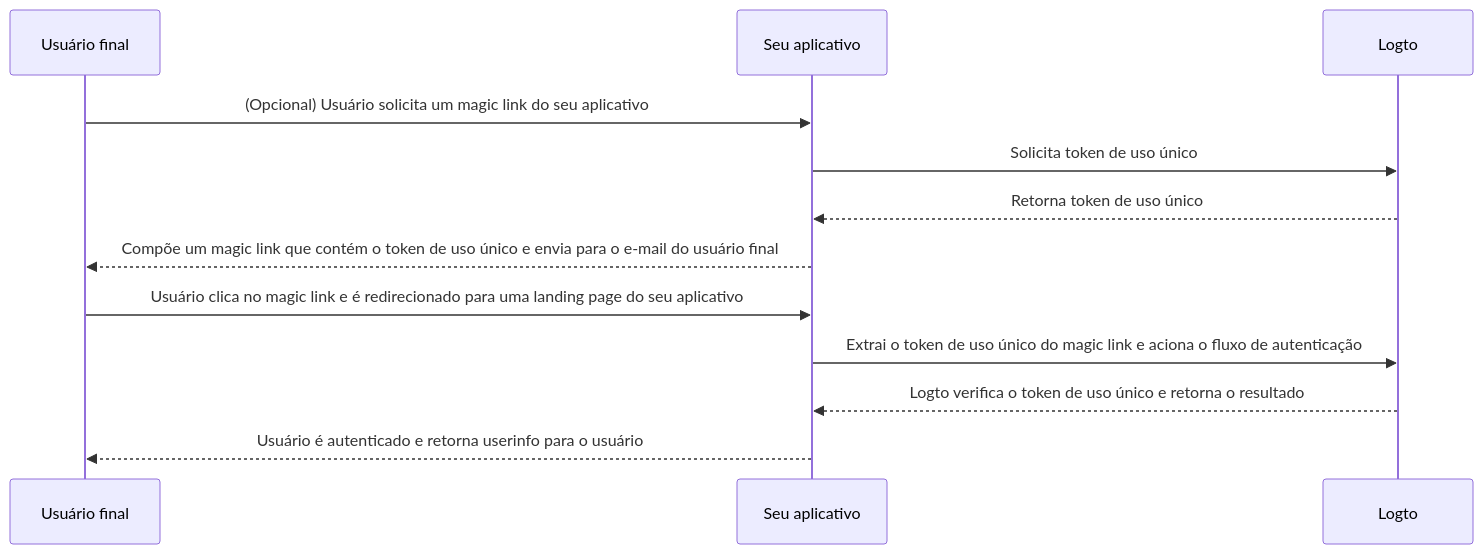
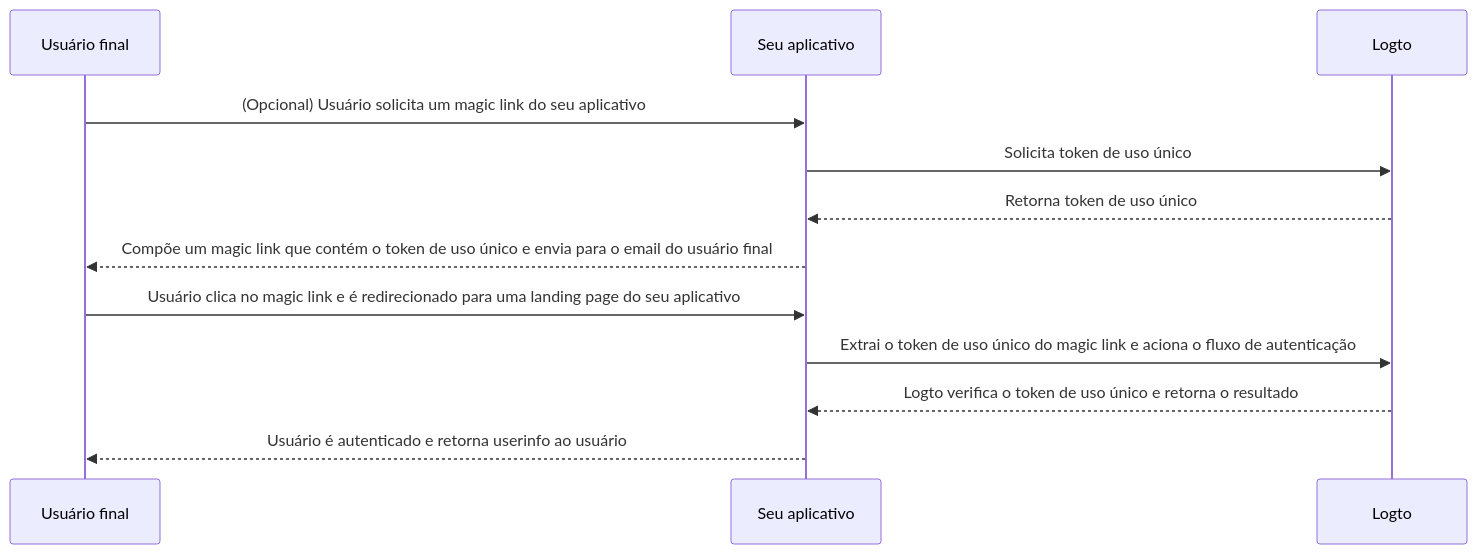
Before and after one commit to logto-io/docs: the diagram in i18n/pt-BR/docusaurus-plugin-content-docs/current/end-user-flows/one-time-token.mdx, drawn with Mermaid. The commit also changed other lines of this file and 47 other files, not shown here.

````diff
--- a/i18n/pt-BR/docusaurus-plugin-content-docs/current/end-user-flows/one-time-token.mdx
+++ b/i18n/pt-BR/docusaurus-plugin-content-docs/current/end-user-flows/one-time-token.mdx
@@ -38,15 +38,15 @@
 ```mermaid
 sequenceDiagram
   participant U as Usuário final
   participant C as Seu aplicativo
   participant L as Logto
 
   U ->> C: (Opcional) Usuário solicita um magic link do seu aplicativo
   C ->> L: Solicita token de uso único
   L -->> C: Retorna token de uso único
-  C -->> U: Compõe um magic link que contém o token de uso único e envia para o e-mail do usuário final
+  C -->> U: Compõe um magic link que contém o token de uso único e envia para o email do usuário final
   U ->> C: Usuário clica no magic link e é redirecionado para uma landing page do seu aplicativo
   C ->> L: Extrai o token de uso único do magic link e aciona o fluxo de autenticação
   L -->> C: Logto verifica o token de uso único e retorna o resultado
-  C -->> U: Usuário é autenticado e retorna userinfo para o usuário
+  C -->> U: Usuário é autenticado e retorna userinfo ao usuário
 ```
````
